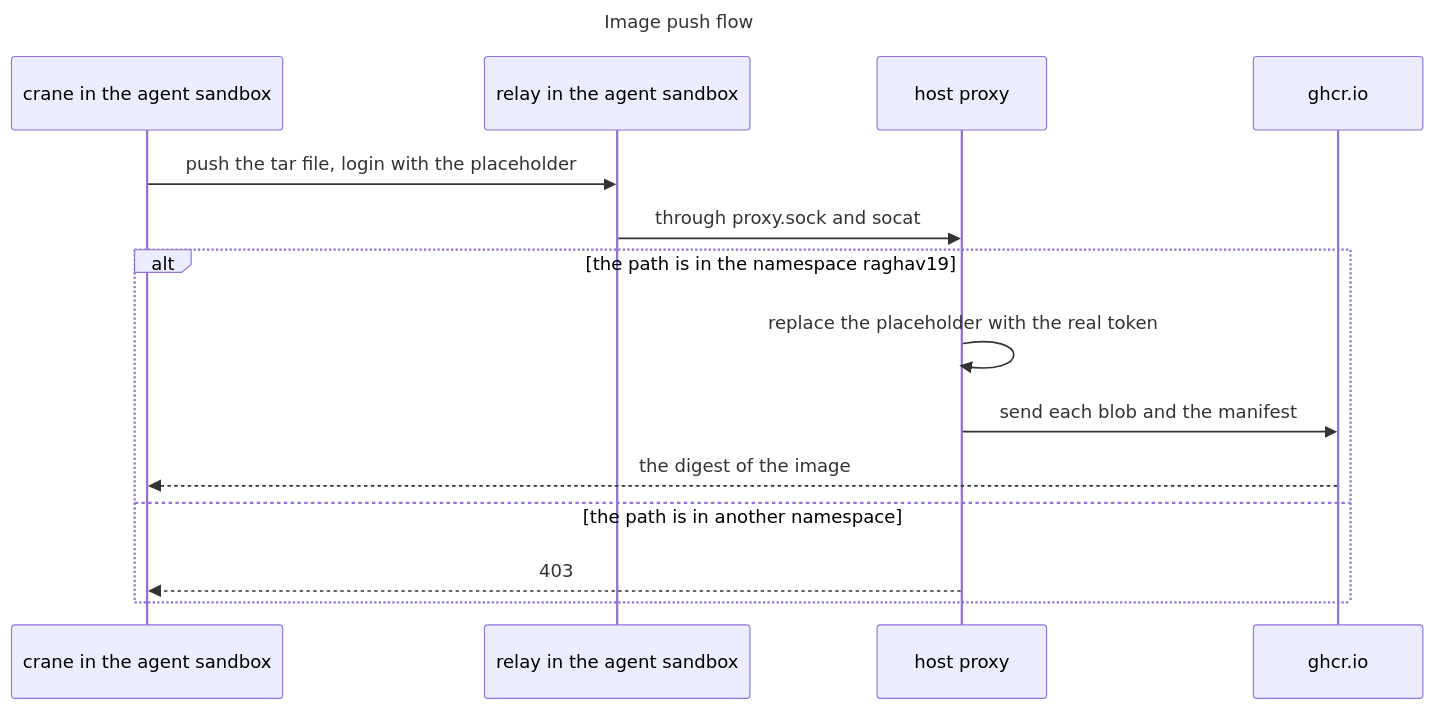
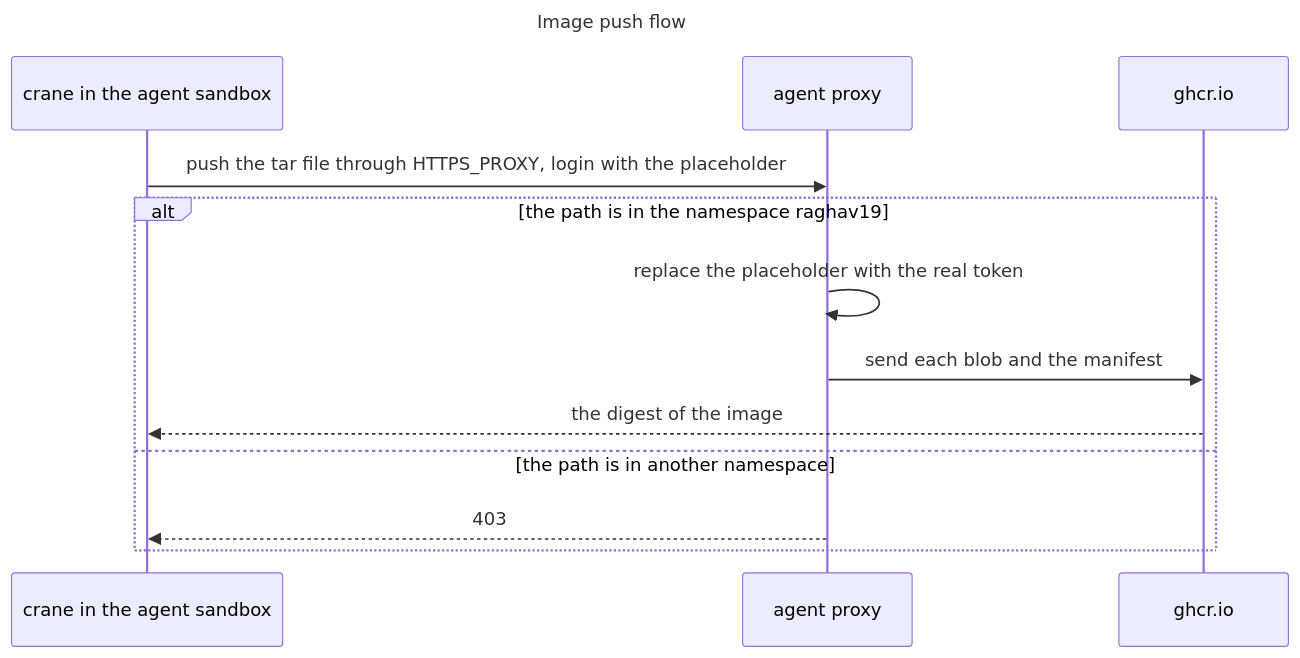
The sixth of 6 diagrams in .devcontainer/README.md (raghav19/engineersdaybook), drawn with Mermaid before and after one commit. The commit also changed other lines of this file and 13 other files, not shown here.

First line of the commit message:
docs: sandbox README and diagrams for the Docker Compose design

````diff
--- a/.devcontainer/README.md
+++ b/.devcontainer/README.md
@@ -274,19 +287,17 @@
 ```mermaid
 ---
 title: Image push flow
 ---
 sequenceDiagram
     participant crane as crane in the agent sandbox
-    participant Relay as relay in the agent sandbox
-    participant HP as host proxy
+    participant HP as agent proxy
     participant GH as ghcr.io
-    crane->>Relay: push the tar file, login with the placeholder
-    Relay->>HP: through proxy.sock and socat
+    crane->>HP: push the tar file through HTTPS_PROXY, login with the placeholder
     alt the path is in the namespace raghav19
         HP->>HP: replace the placeholder with the real token
         HP->>GH: send each blob and the manifest
         GH-->>crane: the digest of the image
     else the path is in another namespace
         HP-->>crane: 403
     end
 ```
````
